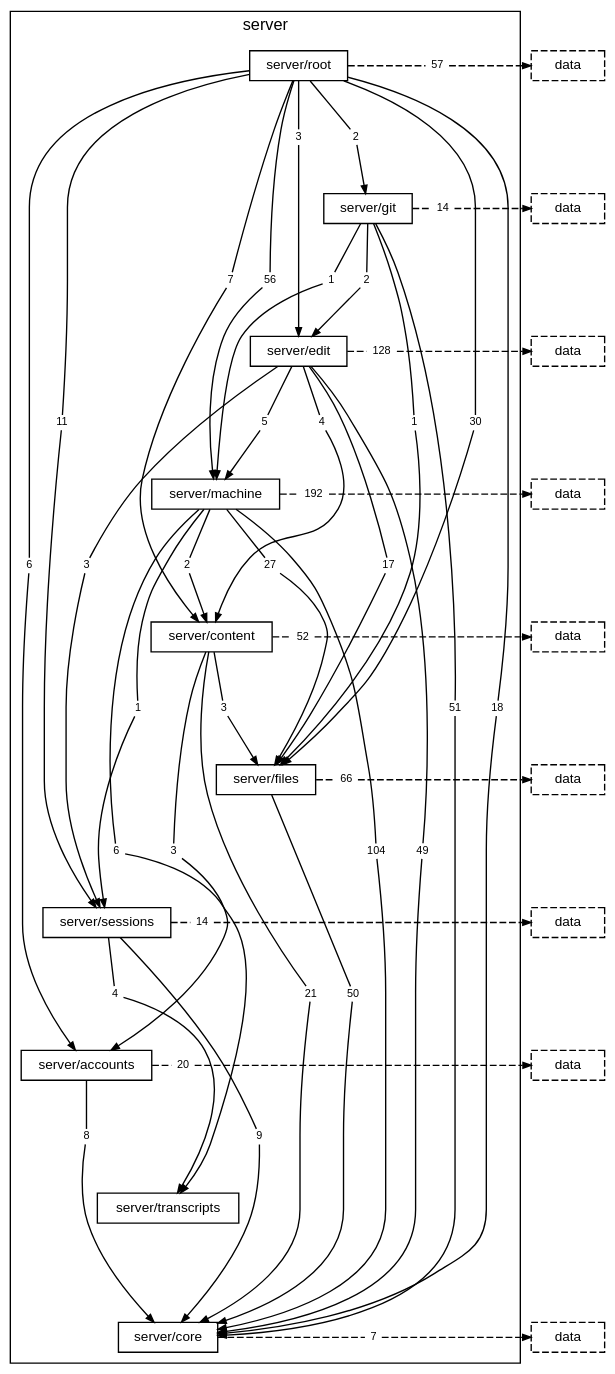
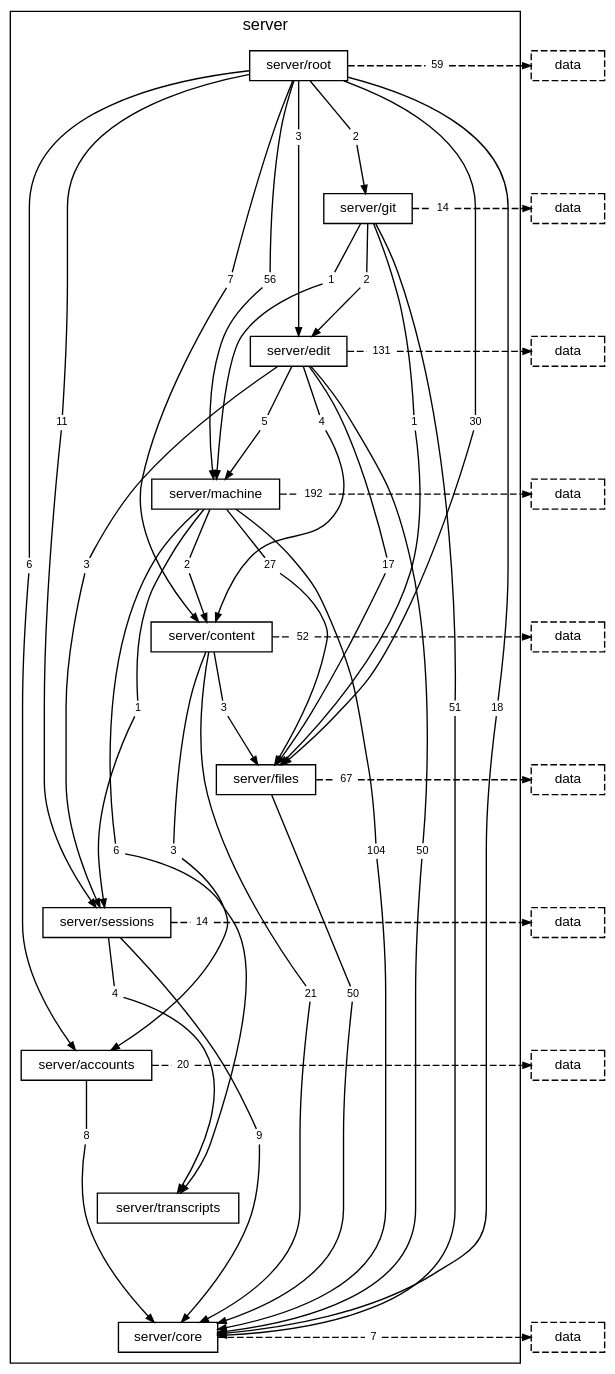
One commit to TheAxeC/oculus changed the diagram in docs/diagrams/layer-server.dot. Above: the diagram before and after it, drawn with Graphviz. The commit also changed 127 other files, not shown here.

```diff
--- a/docs/diagrams/layer-server.dot
+++ b/docs/diagrams/layer-server.dot
@@ -22,18 +22,18 @@
         "folder server/root to folder server/git" [label="2", shape=box, color="transparent", fontsize=8, width=0, height=0, margin="0.04,0.02"];
         "folder server/root to folder server/machine" [label="56", shape=box, color="transparent", fontsize=8, width=0, height=0, margin="0.04,0.02"];
         "folder server/root to folder server/sessions" [label="11", shape=box, color="transparent", fontsize=8, width=0, height=0, margin="0.04,0.02"];
-        "folder server/root to layer data" [label="57", shape=box, color="transparent", fontsize=8, width=0, height=0, margin="0.04,0.02"];
+        "folder server/root to layer data" [label="59", shape=box, color="transparent", fontsize=8, width=0, height=0, margin="0.04,0.02"];
         "folder server/git to folder server/core" [label="51", shape=box, color="transparent", fontsize=8, width=0, height=0, margin="0.04,0.02"];
         "folder server/git to folder server/edit" [label="2", shape=box, color="transparent", fontsize=8, width=0, height=0, margin="0.04,0.02"];
         "folder server/git to folder server/files" [label="1", shape=box, color="transparent", fontsize=8, width=0, height=0, margin="0.04,0.02"];
         "folder server/git to folder server/machine" [label="1", shape=box, color="transparent", fontsize=8, width=0, height=0, margin="0.04,0.02"];
         "folder server/git to layer data" [label="14", shape=box, color="transparent", fontsize=8, width=0, height=0, margin="0.04,0.02"];
         "folder server/edit to folder server/content" [label="4", shape=box, color="transparent", fontsize=8, width=0, height=0, margin="0.04,0.02"];
-        "folder server/edit to folder server/core" [label="49", shape=box, color="transparent", fontsize=8, width=0, height=0, margin="0.04,0.02"];
+        "folder server/edit to folder server/core" [label="50", shape=box, color="transparent", fontsize=8, width=0, height=0, margin="0.04,0.02"];
         "folder server/edit to folder server/files" [label="17", shape=box, color="transparent", fontsize=8, width=0, height=0, margin="0.04,0.02"];
         "folder server/edit to folder server/machine" [label="5", shape=box, color="transparent", fontsize=8, width=0, height=0, margin="0.04,0.02"];
         "folder server/edit to folder server/sessions" [label="3", shape=box, color="transparent", fontsize=8, width=0, height=0, margin="0.04,0.02"];
-        "folder server/edit to layer data" [label="128", shape=box, color="transparent", fontsize=8, width=0, height=0, margin="0.04,0.02"];
+        "folder server/edit to layer data" [label="131", shape=box, color="transparent", fontsize=8, width=0, height=0, margin="0.04,0.02"];
         "folder server/machine to folder server/content" [label="2", shape=box, color="transparent", fontsize=8, width=0, height=0, margin="0.04,0.02"];
         "folder server/machine to folder server/core" [label="104", shape=box, color="transparent", fontsize=8, width=0, height=0, margin="0.04,0.02"];
         "folder server/machine to folder server/files" [label="27", shape=box, color="transparent", fontsize=8, width=0, height=0, margin="0.04,0.02"];
@@ -45,7 +45,7 @@
         "folder server/content to folder server/files" [label="3", shape=box, color="transparent", fontsize=8, width=0, height=0, margin="0.04,0.02"];
         "folder server/content to layer data" [label="52", shape=box, color="transparent", fontsize=8, width=0, height=0, margin="0.04,0.02"];
         "folder server/files to folder server/core" [label="50", shape=box, color="transparent", fontsize=8, width=0, height=0, margin="0.04,0.02"];
-        "folder server/files to layer data" [label="66", shape=box, color="transparent", fontsize=8, width=0, height=0, margin="0.04,0.02"];
+        "folder server/files to layer data" [label="67", shape=box, color="transparent", fontsize=8, width=0, height=0, margin="0.04,0.02"];
         "folder server/sessions to folder server/core" [label="9", shape=box, color="transparent", fontsize=8, width=0, height=0, margin="0.04,0.02"];
         "folder server/sessions to folder server/transcripts" [label="4", shape=box, color="transparent", fontsize=8, width=0, height=0, margin="0.04,0.02"];
         "folder server/sessions to layer data" [label="14", shape=box, color="transparent", fontsize=8, width=0, height=0, margin="0.04,0.02"];
```
